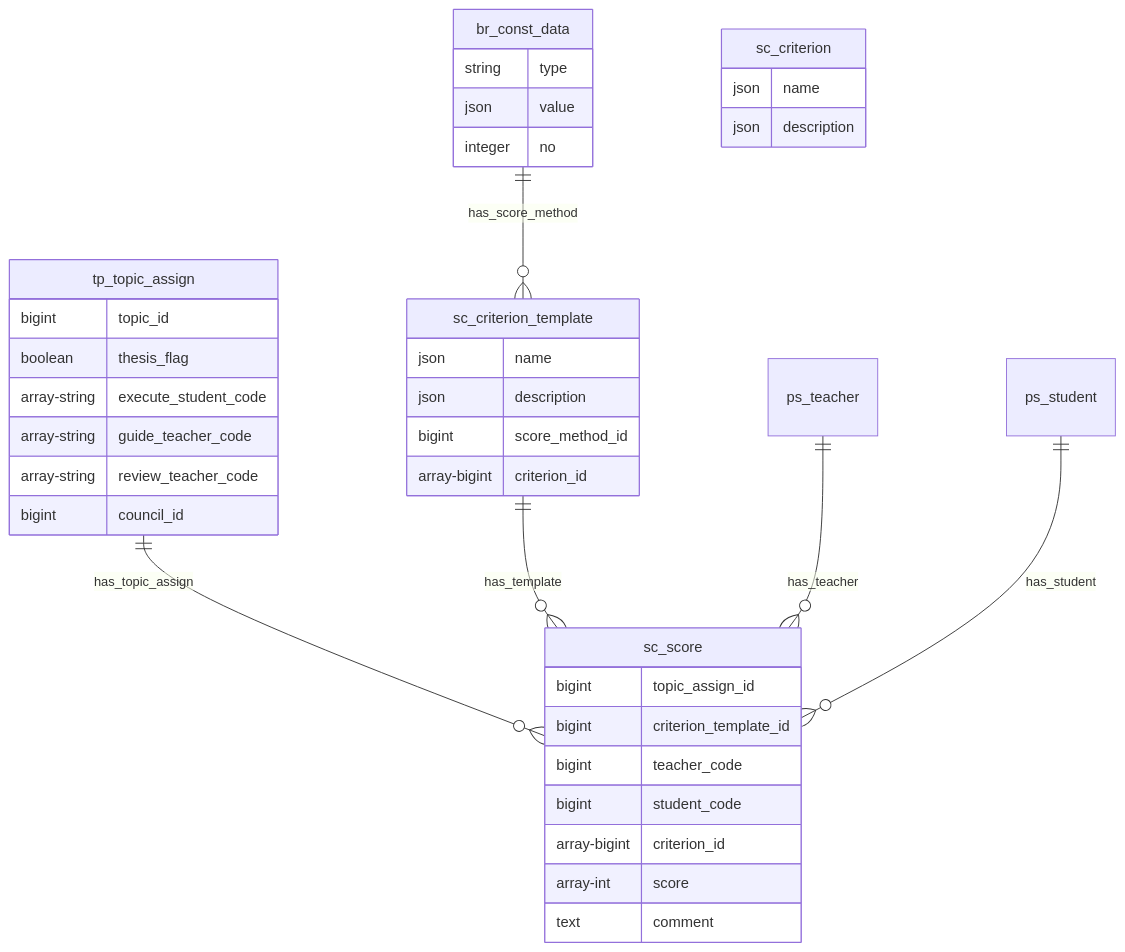
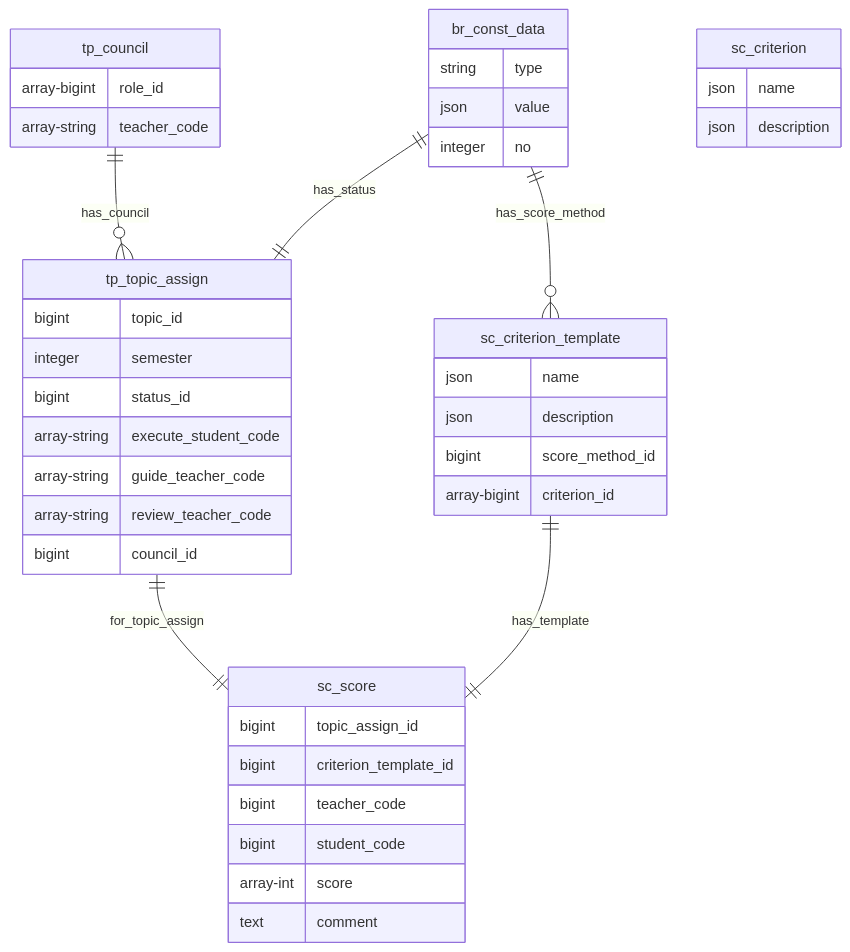
The diagram in report/src/chapter_5_achitechture_design/part_515_sc_group.md (datai999/thesis-document), drawn with Mermaid before and after one commit.

Commit message:
update sc diagram

````diff
--- a/report/src/chapter_5_achitechture_design/part_515_sc_group.md
+++ b/report/src/chapter_5_achitechture_design/part_515_sc_group.md
@@ -3,41 +3,46 @@
 ```mermaid
 erDiagram
+    tp_council {
+      array-bigint role_id
+      array-string teacher_code
+    }
     br_const_data {
         string type
         json value
         integer no
     }
     tp_topic_assign {
       bigint topic_id
-      boolean thesis_flag
+      integer semester
+      bigint status_id
       array-string execute_student_code
       array-string guide_teacher_code
       array-string review_teacher_code
       bigint council_id
     }
     sc_criterion {
         json name
         json description
     }
     sc_criterion_template {
       json name
       json description
       bigint score_method_id
       array-bigint criterion_id
     }
     sc_score {
       bigint topic_assign_id
       bigint criterion_template_id
       bigint teacher_code
       bigint student_code
-      array-bigint criterion_id
       array-int score
       text comment
     }
+    tp_council ||--o{ tp_topic_assign : has_council
+    br_const_data ||--|| tp_topic_assign : has_status
 
     br_const_data ||--o{ sc_criterion_template : has_score_method
-    tp_topic_assign ||--o{ sc_score : has_topic_assign
-    sc_criterion_template ||--o{ sc_score : has_template
-    ps_teacher ||--o{ sc_score : has_teacher
-    ps_student ||--o{ sc_score : has_student
+
+    tp_topic_assign ||--|| sc_score : for_topic_assign
+    sc_criterion_template ||--|| sc_score : has_template
 ```
````
